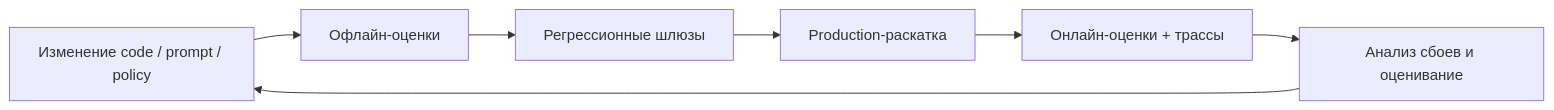
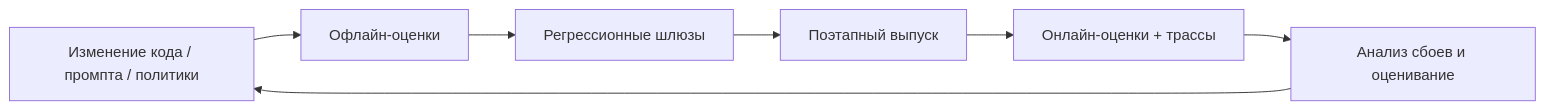
Before and after one commit to agent-axiom/agent-arch: the diagram in docs/book/part-v/chapter-13.md, drawn with Mermaid. The commit also changed other lines of this file and 4 other files, not shown here.

````diff
--- a/docs/book/part-v/chapter-13.md
+++ b/docs/book/part-v/chapter-13.md
@@ -142,9 +144,9 @@
 ``` mermaid
 flowchart LR
-    A["Изменение code / prompt / policy"] --> B["Офлайн-оценки"]
+    A["Изменение кода / промпта / политики"] --> B["Офлайн-оценки"]
     B --> C["Регрессионные шлюзы"]
-    C --> D["Production-раскатка"]
+    C --> D["Поэтапный выпуск"]
     D --> E["Онлайн-оценки + трассы"]
     E --> F["Анализ сбоев и оценивание"]
     F --> A
 ```
````
